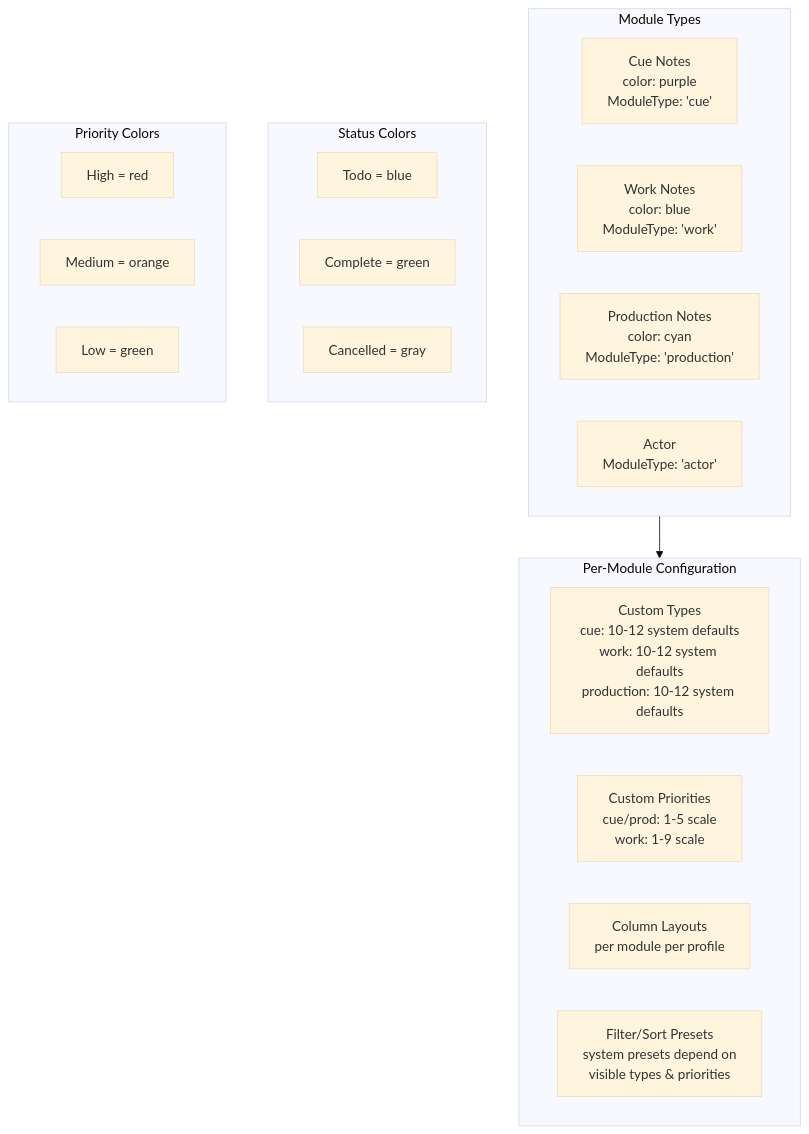
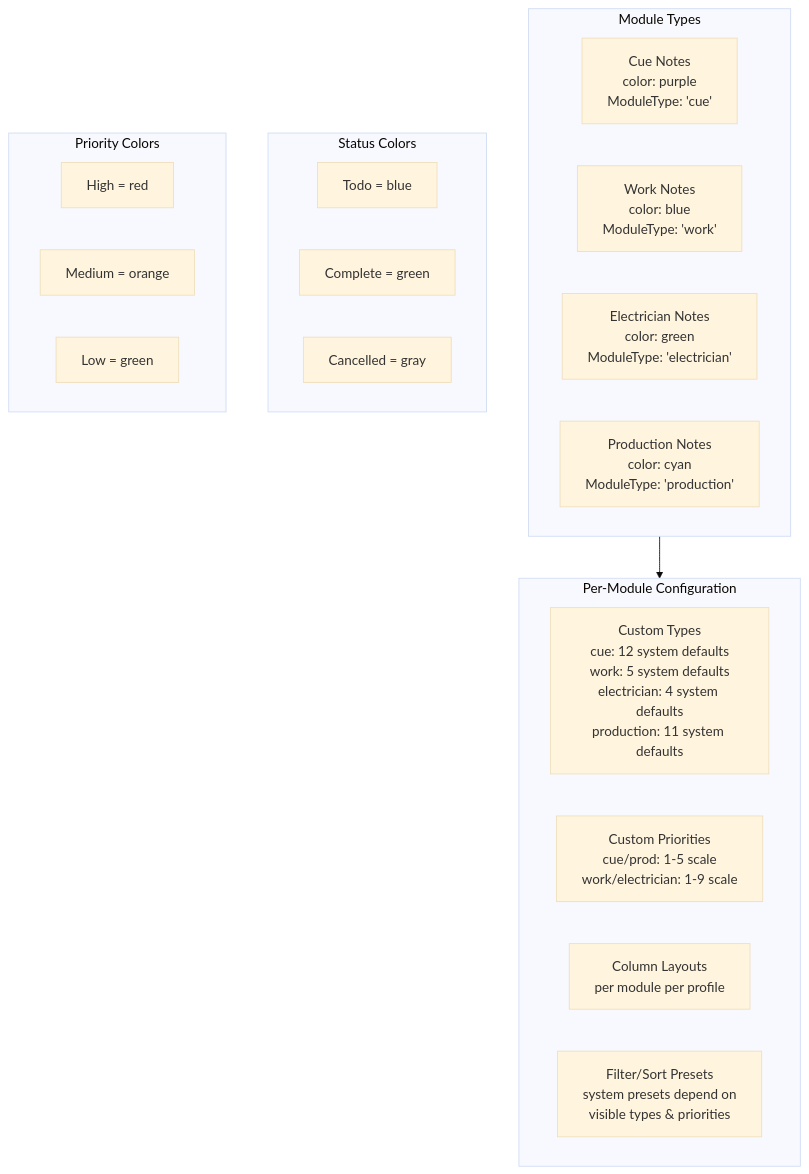
Before and after one commit to NSDodgers/lxnotes-claude: diagram 11 of 12 in docs/architecture.mermaid.md, drawn with Mermaid (base theme). The commit also changed other lines of this file and 48 other files, not shown here.

First line of the commit message:
feat: add Electrician Notes module replacing unused actor module

````diff
--- a/docs/architecture.mermaid.md
+++ b/docs/architecture.mermaid.md
@@ -452,30 +455,30 @@
 ```mermaid
 graph TB
     subgraph Modules["Module Types"]
         Cue["Cue Notes<br/>color: purple<br/>ModuleType: 'cue'"]
         Work["Work Notes<br/>color: blue<br/>ModuleType: 'work'"]
+        Elec["Electrician Notes<br/>color: green<br/>ModuleType: 'electrician'"]
         Prod["Production Notes<br/>color: cyan<br/>ModuleType: 'production'"]
-        Actor["Actor<br/>ModuleType: 'actor'"]
     end
 
     subgraph PerModule["Per-Module Configuration"]
-        CustomTypes["Custom Types<br/>cue: 10-12 system defaults<br/>work: 10-12 system defaults<br/>production: 10-12 system defaults"]
-        CustomPrio["Custom Priorities<br/>cue/prod: 1-5 scale<br/>work: 1-9 scale"]
+        CustomTypes["Custom Types<br/>cue: 12 system defaults<br/>work: 5 system defaults<br/>electrician: 4 system defaults<br/>production: 11 system defaults"]
+        CustomPrio["Custom Priorities<br/>cue/prod: 1-5 scale<br/>work/electrician: 1-9 scale"]
         ColLayout["Column Layouts<br/>per module per profile"]
         FilterPresets["Filter/Sort Presets<br/>system presets depend on<br/>visible types & priorities"]
     end
 
     subgraph StatusColors["Status Colors"]
         Todo["Todo = blue"]
         Complete["Complete = green"]
         Cancelled["Cancelled = gray"]
     end
 
     subgraph PriorityColors["Priority Colors"]
         High["High = red"]
         Medium["Medium = orange"]
         Low["Low = green"]
     end
 
     Modules --> PerModule
 ```
````
